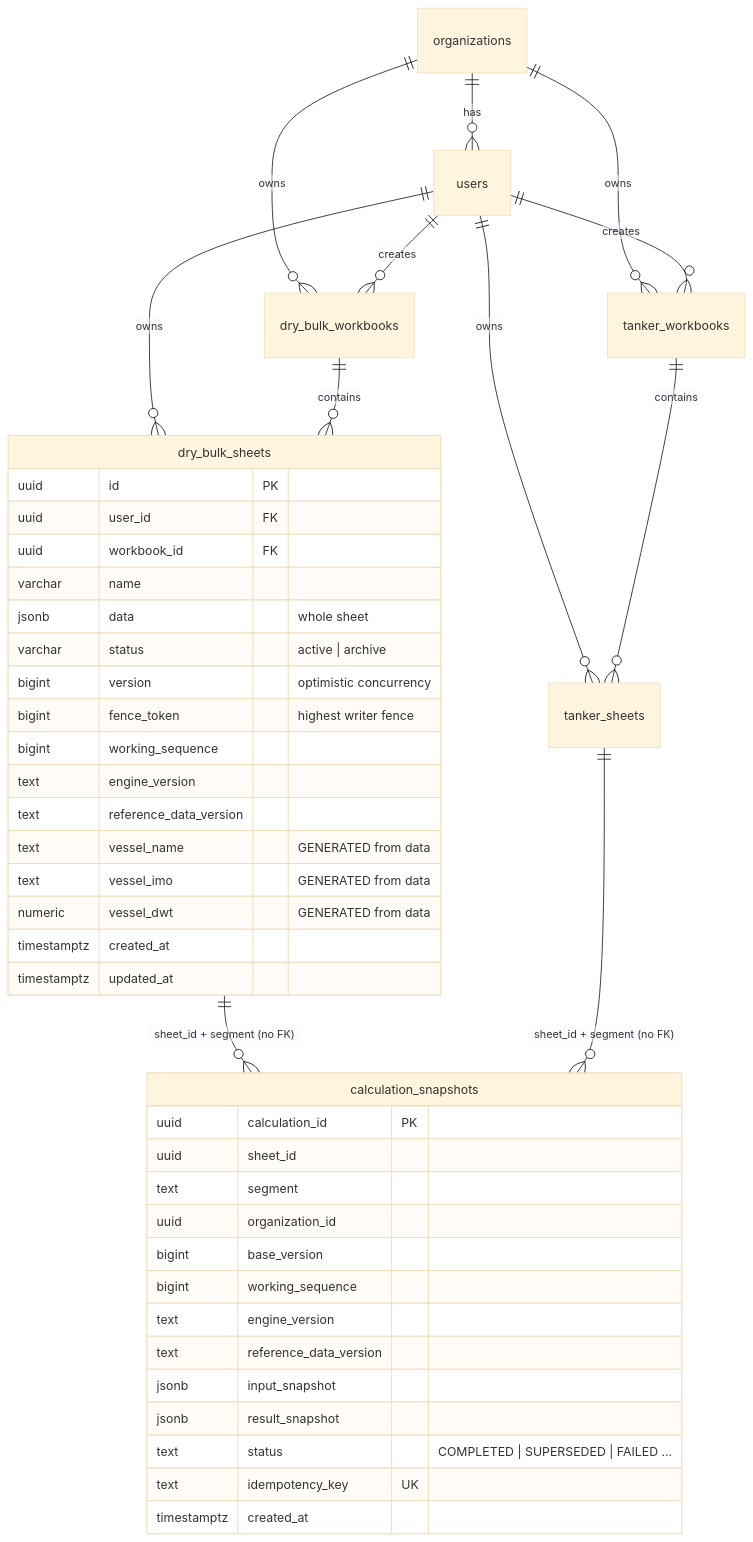
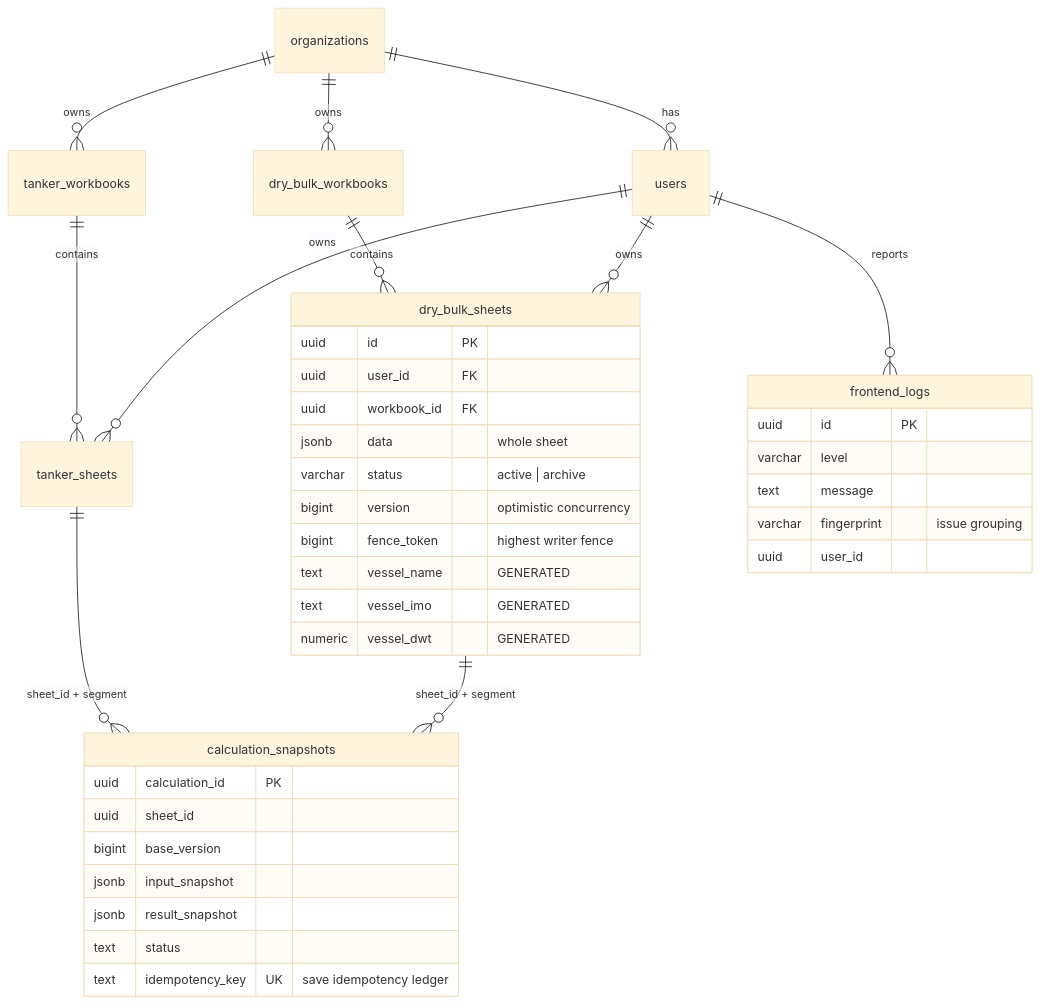
One commit to Animesh-na/NM-Deploy changed the ninth of 10 diagrams in ARCHITECTURE.md. Above: the diagram before and after it, drawn with Mermaid (base theme). The commit also changed other lines of this file and 15 other files, not shown here.

First line of the commit message:
feat(observability): separate backend/frontend logs, user activity and request journey dashboards

````diff
--- a/ARCHITECTURE.md
+++ b/ARCHITECTURE.md
@@ -270,48 +297,42 @@
 ```mermaid
 erDiagram
   organizations ||--o{ users : has
   organizations ||--o{ dry_bulk_workbooks : owns
   organizations ||--o{ tanker_workbooks : owns
-  users ||--o{ dry_bulk_workbooks : creates
-  users ||--o{ tanker_workbooks : creates
   users ||--o{ dry_bulk_sheets : owns
   users ||--o{ tanker_sheets : owns
   dry_bulk_workbooks ||--o{ dry_bulk_sheets : contains
   tanker_workbooks ||--o{ tanker_sheets : contains
-  dry_bulk_sheets ||--o{ calculation_snapshots : "sheet_id + segment (no FK)"
-  tanker_sheets ||--o{ calculation_snapshots : "sheet_id + segment (no FK)"
+  dry_bulk_sheets ||--o{ calculation_snapshots : "sheet_id + segment"
+  tanker_sheets ||--o{ calculation_snapshots : "sheet_id + segment"
+  users ||--o{ frontend_logs : reports
 
   dry_bulk_sheets {
     uuid id PK
     uuid user_id FK
     uuid workbook_id FK
-    varchar name
     jsonb data "whole sheet"
     varchar status "active | archive"
     bigint version "optimistic concurrency"
     bigint fence_token "highest writer fence"
-    bigint working_sequence
-    text engine_version
-    text reference_data_version
-    text vessel_name "GENERATED from data"
-    text vessel_imo "GENERATED from data"
-    numeric vessel_dwt "GENERATED from data"
-    timestamptz created_at
-    timestamptz updated_at
+    text vessel_name "GENERATED"
+    text vessel_imo "GENERATED"
+    numeric vessel_dwt "GENERATED"
   }
   calculation_snapshots {
     uuid calculation_id PK
     uuid sheet_id
-    text segment
-    uuid organization_id
     bigint base_version
-    bigint working_sequence
-    text engine_version
-    text reference_data_version
     jsonb input_snapshot
     jsonb result_snapshot
-    text status "COMPLETED | SUPERSEDED | FAILED ..."
-    text idempotency_key UK
-    timestamptz created_at
+    text status
+    text idempotency_key UK "save idempotency ledger"
+  }
+  frontend_logs {
+    uuid id PK
+    varchar level
+    text message
+    varchar fingerprint "issue grouping"
+    uuid user_id
   }
 ```
````
